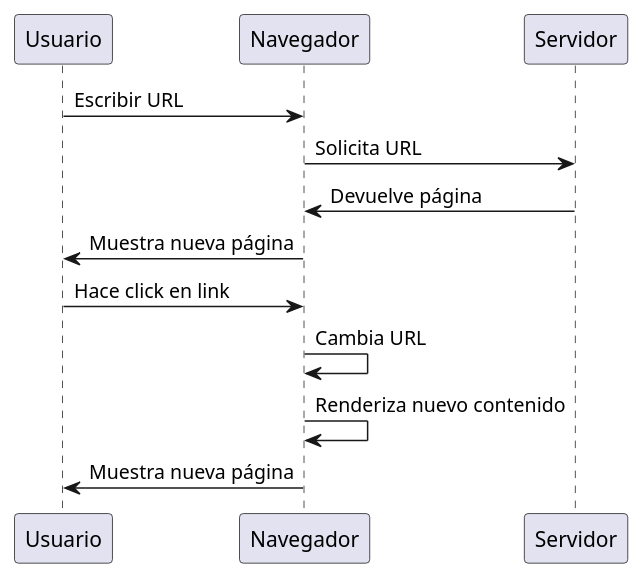
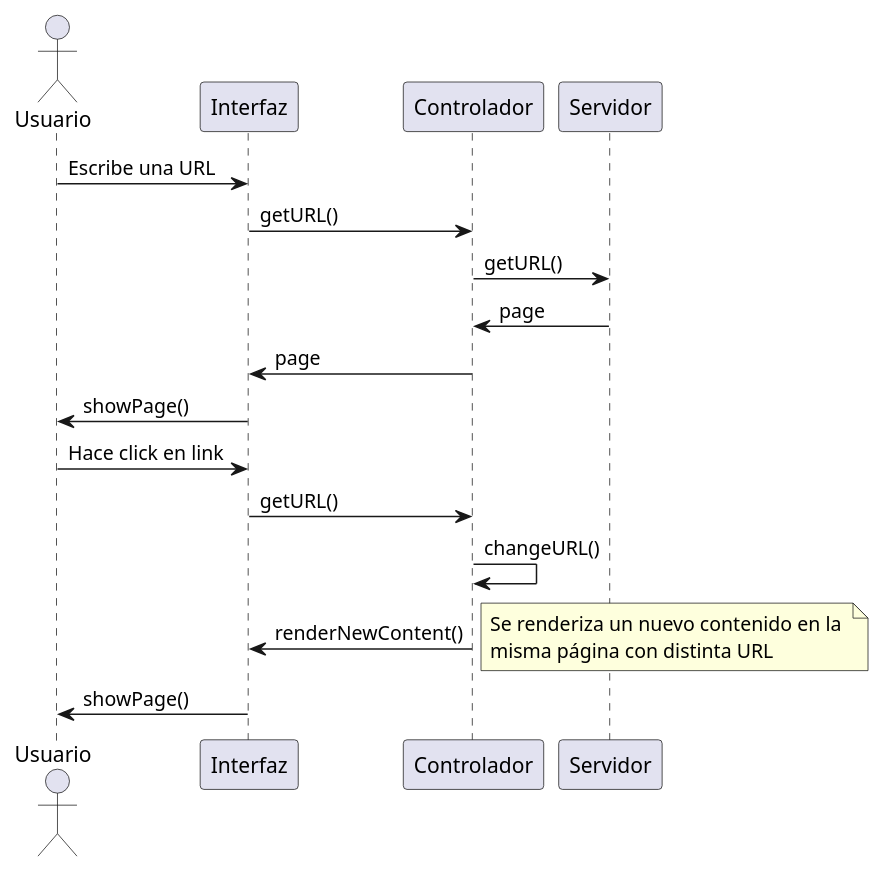
One commit to TFG-SGM/memoria changed the second of 2 diagrams in templateAPP/input/chapters/02_arte.md. Above: the diagram before and after it, drawn with PlantUML. The commit also changed other lines of this file and 73 other files, not shown here.

````diff
--- a/templateAPP/input/chapters/02_arte.md
+++ b/templateAPP/input/chapters/02_arte.md
@@ -91,16 +119,25 @@
 ```{.plantuml #capitulo2:enrutado-cliente caption="Enrutado en el lado del cliente" frame=single}
 @startuml
-Usuario -> Navegador: Escribir URL
-Navegador -> Servidor: Solicita URL
+actor Usuario
 
-Servidor -> Navegador: Devuelve página
-Navegador -> Usuario: Muestra nueva página
+Usuario -> Interfaz: Escribe una URL
+Interfaz -> Controlador: getURL()
+Controlador -> Servidor: getURL()
 
-Usuario -> Navegador: Hace click en link
+Servidor -> Controlador: page
+Controlador -> Interfaz: page
+Interfaz -> Usuario: showPage()
 
-Navegador -> Navegador: Cambia URL
-Navegador -> Navegador: Renderiza nuevo contenido 
+Usuario -> Interfaz: Hace click en link
+Interfaz -> Controlador: getURL()
+Controlador -> Controlador: changeURL()
+Controlador -> Interfaz: renderNewContent()
 
-Navegador -> Usuario: Muestra nueva página
+note right
+Se renderiza un nuevo contenido en la 
+misma página con distinta URL
+end note
+
+Interfaz -> Usuario: showPage()
 @enduml
 ```
````
